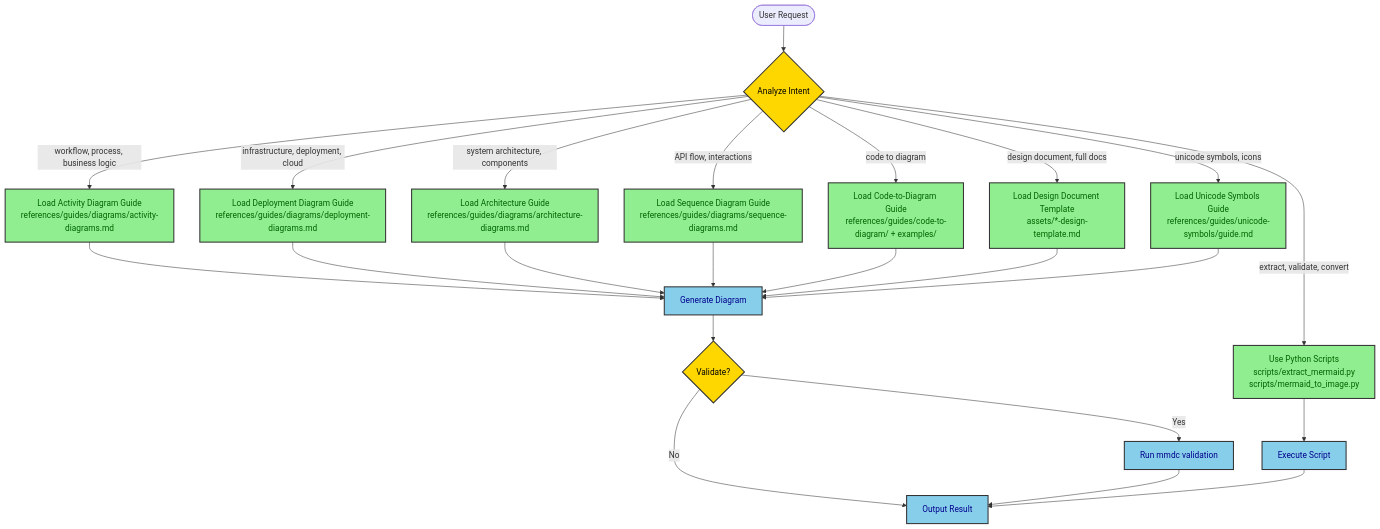
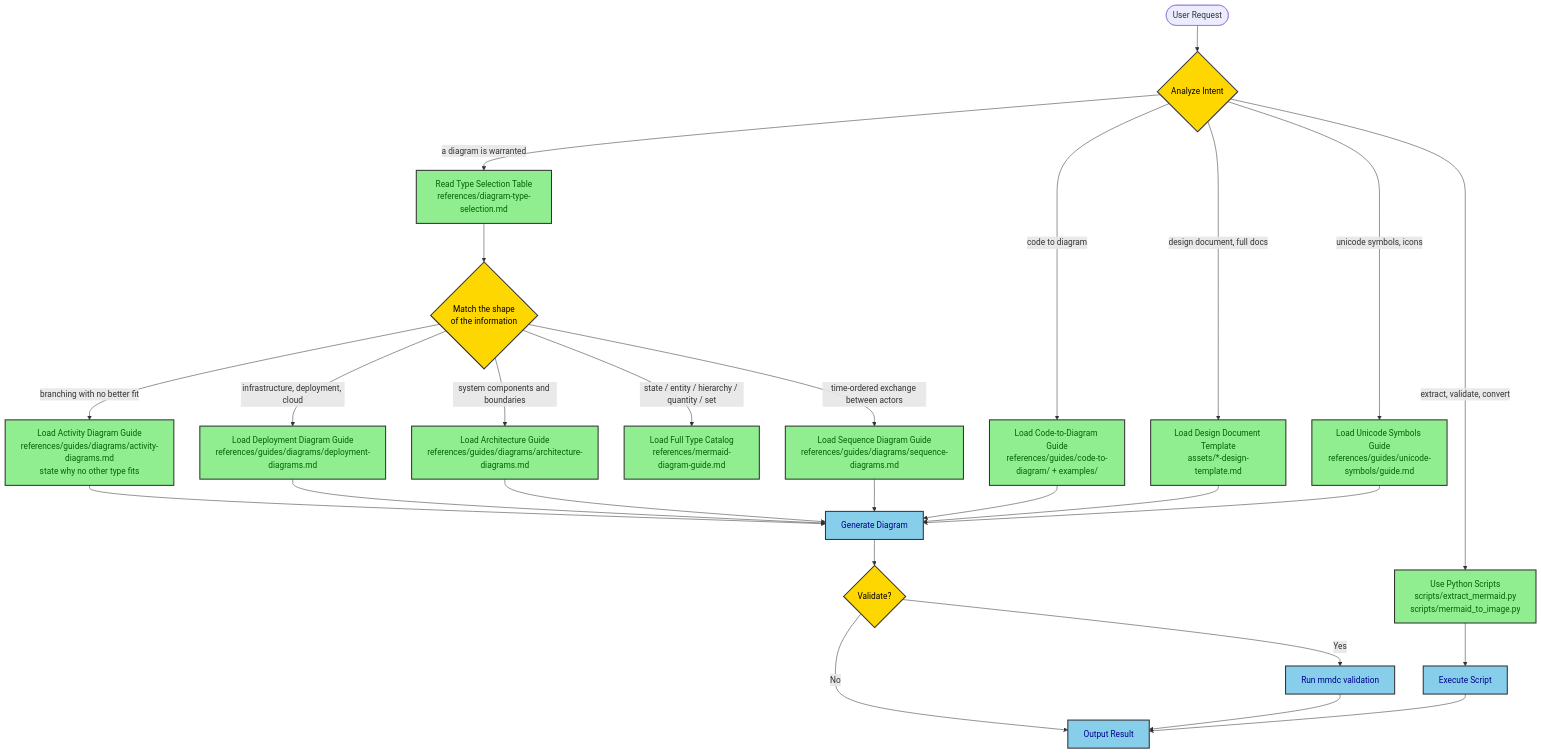
The first of 6 diagrams in .claude/skills/design-doc-mermaid/SKILL.md (kasiopeiya/claude-dev-template), drawn with Mermaid before and after one commit. The commit also changed other lines of this file and 3 other files, not shown here.

First line of the commit message:
docs: Mermaid図種の選択を「情報の形」ベースに反転する

````diff
--- a/.claude/skills/design-doc-mermaid/SKILL.md
+++ b/.claude/skills/design-doc-mermaid/SKILL.md
@@ -52,36 +66,39 @@
 ```mermaid
 flowchart TD
     Start([User Request]) --> Analyze{Analyze Intent}
 
-    Analyze -->|"workflow, process, business logic"| Activity[Load Activity Diagram Guide<br/>references/guides/diagrams/activity-diagrams.md]
-    Analyze -->|"infrastructure, deployment, cloud"| Deploy[Load Deployment Diagram Guide<br/>references/guides/diagrams/deployment-diagrams.md]
-    Analyze -->|"system architecture, components"| Arch[Load Architecture Guide<br/>references/guides/diagrams/architecture-diagrams.md]
-    Analyze -->|"API flow, interactions"| Sequence[Load Sequence Diagram Guide<br/>references/guides/diagrams/sequence-diagrams.md]
+    Analyze -->|"a diagram is warranted"| TypeGate[Read Type Selection Table<br/>references/diagram-type-selection.md]
+    TypeGate --> Shape{Match the shape<br/>of the information}
+    Shape -->|"time-ordered exchange between actors"| Sequence[Load Sequence Diagram Guide<br/>references/guides/diagrams/sequence-diagrams.md]
+    Shape -->|"infrastructure, deployment, cloud"| Deploy[Load Deployment Diagram Guide<br/>references/guides/diagrams/deployment-diagrams.md]
+    Shape -->|"system components and boundaries"| Arch[Load Architecture Guide<br/>references/guides/diagrams/architecture-diagrams.md]
+    Shape -->|"state / entity / hierarchy / quantity / set"| Catalog[Load Full Type Catalog<br/>references/mermaid-diagram-guide.md]
+    Shape -->|"branching with no better fit"| Activity[Load Activity Diagram Guide<br/>references/guides/diagrams/activity-diagrams.md<br/>state why no other type fits]
     Analyze -->|"code to diagram"| CodeToDiag[Load Code-to-Diagram Guide<br/>references/guides/code-to-diagram/ + examples/]
     Analyze -->|"design document, full docs"| DesignDoc[Load Design Document Template<br/>assets/*-design-template.md]
     Analyze -->|"unicode symbols, icons"| Unicode[Load Unicode Symbols Guide<br/>references/guides/unicode-symbols/guide.md]
     Analyze -->|"extract, validate, convert"| Scripts[Use Python Scripts<br/>scripts/extract_mermaid.py<br/>scripts/mermaid_to_image.py]
 
     Activity --> Generate[Generate Diagram]
     Deploy --> Generate
     Arch --> Generate
     Sequence --> Generate
     CodeToDiag --> Generate
     DesignDoc --> Generate
     Unicode --> Generate
     Scripts --> Execute[Execute Script]
 
     Generate --> Validate{Validate?}
     Validate -->|Yes| RunValidation[Run mmdc validation]
     Validate -->|No| Output
     RunValidation --> Output[Output Result]
     Execute --> Output
 
     classDef decision fill:#FFD700,stroke:#333,stroke-width:2px,color:black
     classDef guide fill:#90EE90,stroke:#333,stroke-width:2px,color:darkgreen
     classDef action fill:#87CEEB,stroke:#333,stroke-width:2px,color:darkblue
 
-    class Analyze,Validate decision
-    class Activity,Deploy,Arch,Sequence,CodeToDiag,DesignDoc,Unicode,Scripts guide
+    class Analyze,Validate,Shape decision
+    class TypeGate,Catalog,Activity,Deploy,Arch,Sequence,CodeToDiag,DesignDoc,Unicode,Scripts guide
     class Generate,Execute,RunValidation,Output action
 ```
````
